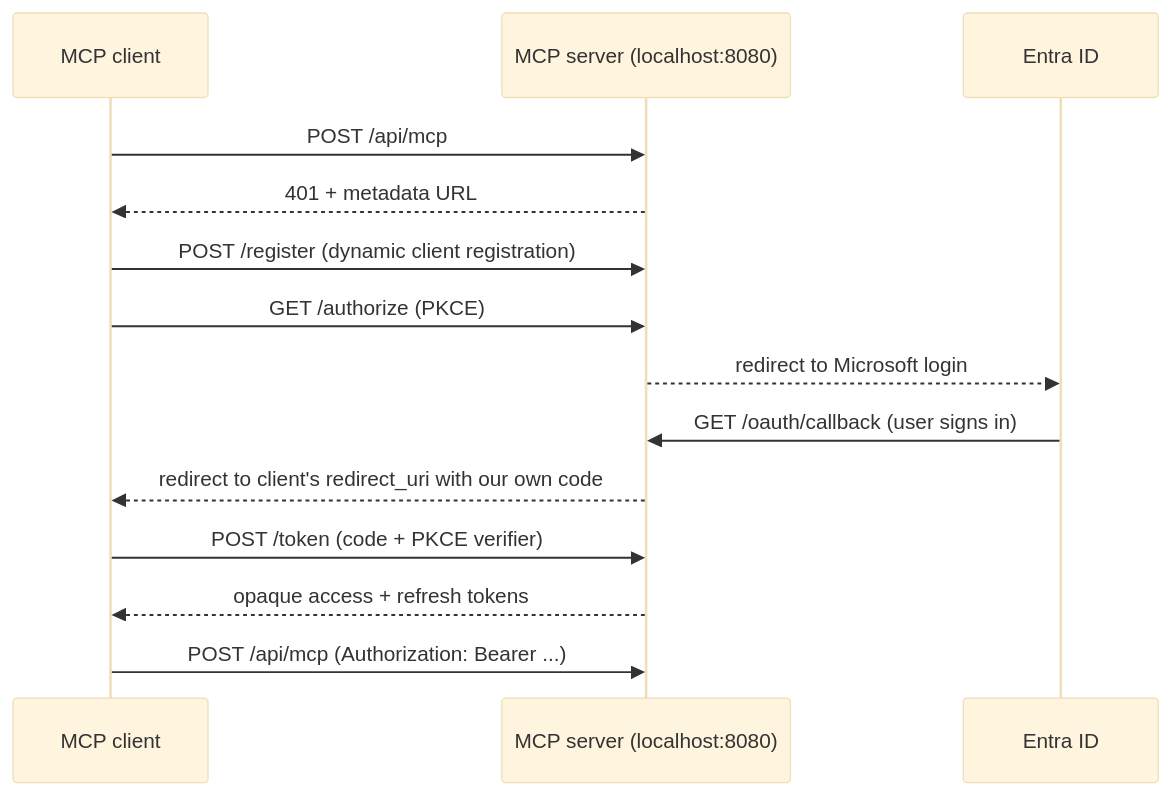
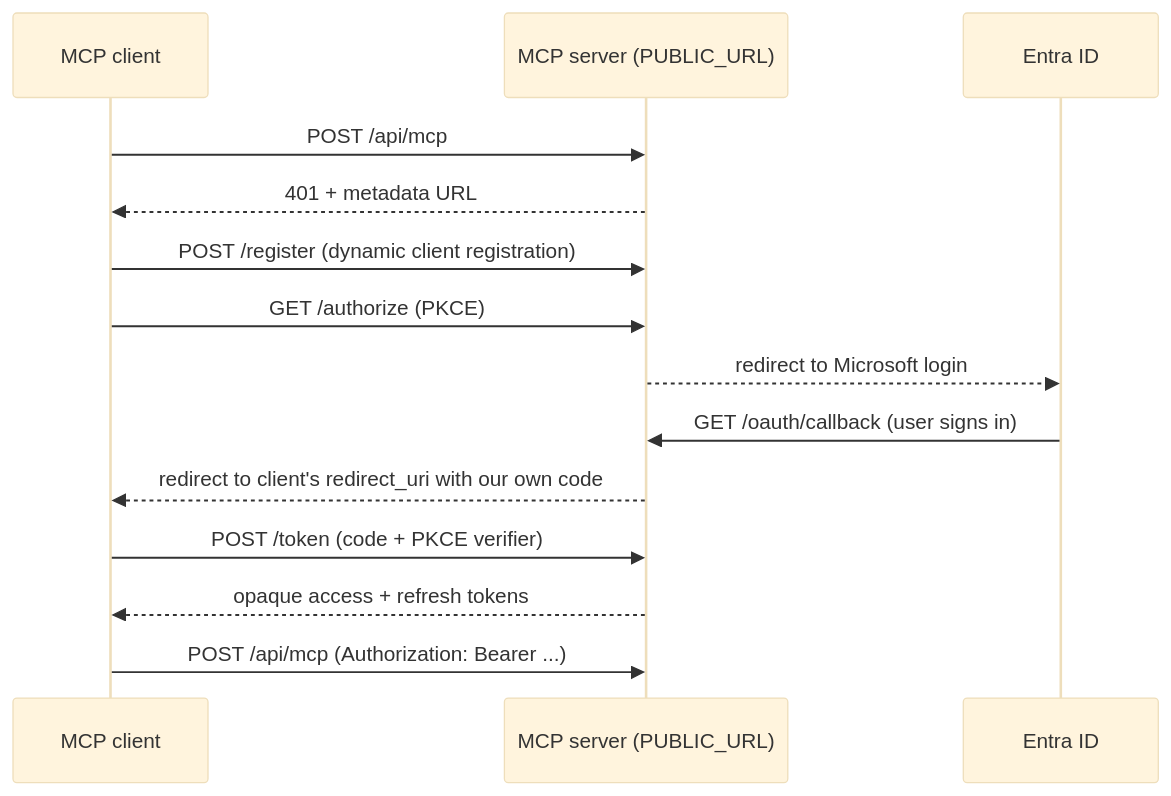
The diagram in docs/oauth.md (istvanvonfedak/sharepoint-knowledge-agent), drawn with Mermaid (base theme) before and after one commit. The commit also changed other lines of this file and 77 other files, not shown here.

First line of the commit message:
Implement the index architecture: sync-worker, inference-server and sharepoint_ask

````diff
--- a/docs/oauth.md
+++ b/docs/oauth.md
@@ -11,17 +11,17 @@
 ```mermaid
 sequenceDiagram
     participant C as MCP client
-    participant S as MCP server (localhost:8080)
+    participant S as MCP server (PUBLIC_URL)
     participant E as Entra ID
 
     C->>S: POST /api/mcp
     S-->>C: 401 + metadata URL
     C->>S: POST /register (dynamic client registration)
     C->>S: GET /authorize (PKCE)
     S-->>E: redirect to Microsoft login
     E->>S: GET /oauth/callback (user signs in)
     S-->>C: redirect to client's redirect_uri with our own code
     C->>S: POST /token (code + PKCE verifier)
     S-->>C: opaque access + refresh tokens
     C->>S: POST /api/mcp (Authorization: Bearer ...)
 ```
````
